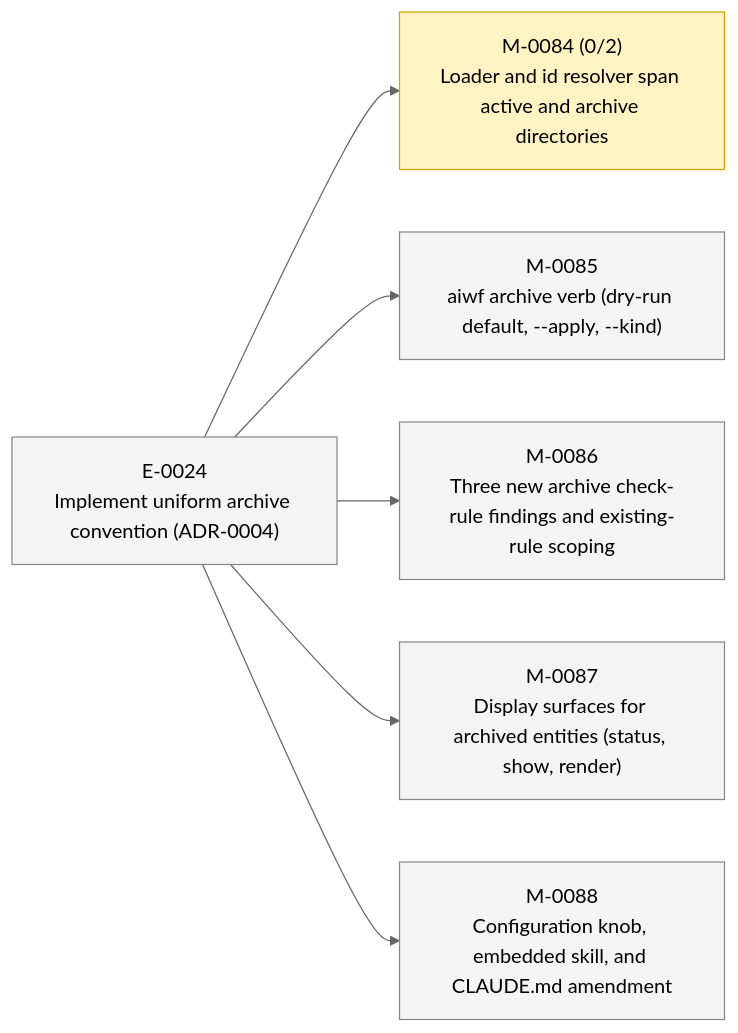
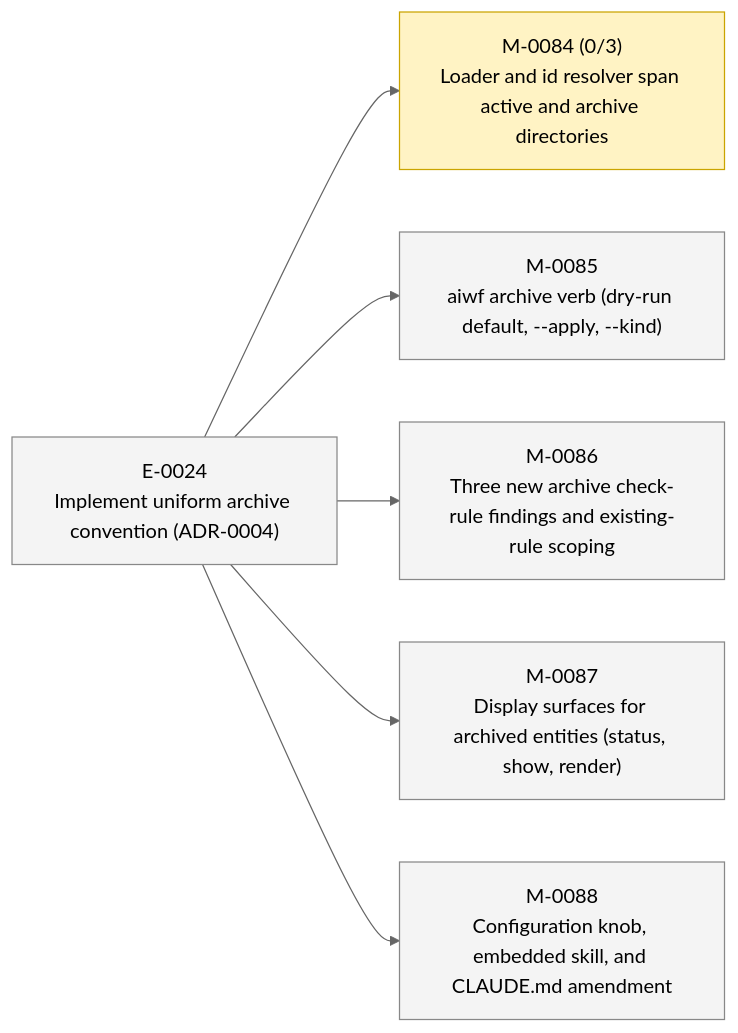
One commit to 23min/aiwf changed the second of 2 diagrams in STATUS.md. Above: the diagram before and after it, drawn with Mermaid (neutral theme). The commit also changed other lines of this file and 1 other file, not shown here.

````diff
--- a/STATUS.md
+++ b/STATUS.md
@@ -49,20 +49,20 @@
 ```mermaid
 flowchart LR
   E_0024["E-0024<br/>Implement uniform archive convention (ADR-0004)"]:::epic_proposed
-  M_0084["M-0084 (0/2)<br/>Loader and id resolver span active and archive directories"]:::ms_in_progress
+  M_0084["M-0084 (0/3)<br/>Loader and id resolver span active and archive directories"]:::ms_in_progress
   E_0024 --> M_0084
   M_0085["M-0085<br/>aiwf archive verb (dry-run default, --apply, --kind)"]:::ms_draft
   E_0024 --> M_0085
   M_0086["M-0086<br/>Three new archive check-rule findings and existing-rule scoping"]:::ms_draft
   E_0024 --> M_0086
   M_0087["M-0087<br/>Display surfaces for archived entities (status, show, render)"]:::ms_draft
   E_0024 --> M_0087
   M_0088["M-0088<br/>Configuration knob, embedded skill, and CLAUDE.md amendment"]:::ms_draft
   E_0024 --> M_0088
   classDef epic_active fill:#d6eaff,stroke:#1a73e8,color:#000
   classDef epic_proposed fill:#f4f4f4,stroke:#888,color:#000
   classDef ms_done fill:#d8f5d8,stroke:#2a8a2a,color:#000
   classDef ms_in_progress fill:#fff3c4,stroke:#caa400,color:#000
   classDef ms_draft fill:#f4f4f4,stroke:#888,color:#000
   classDef ms_cancelled fill:#fbeaea,stroke:#c33,color:#000
 ```
````
